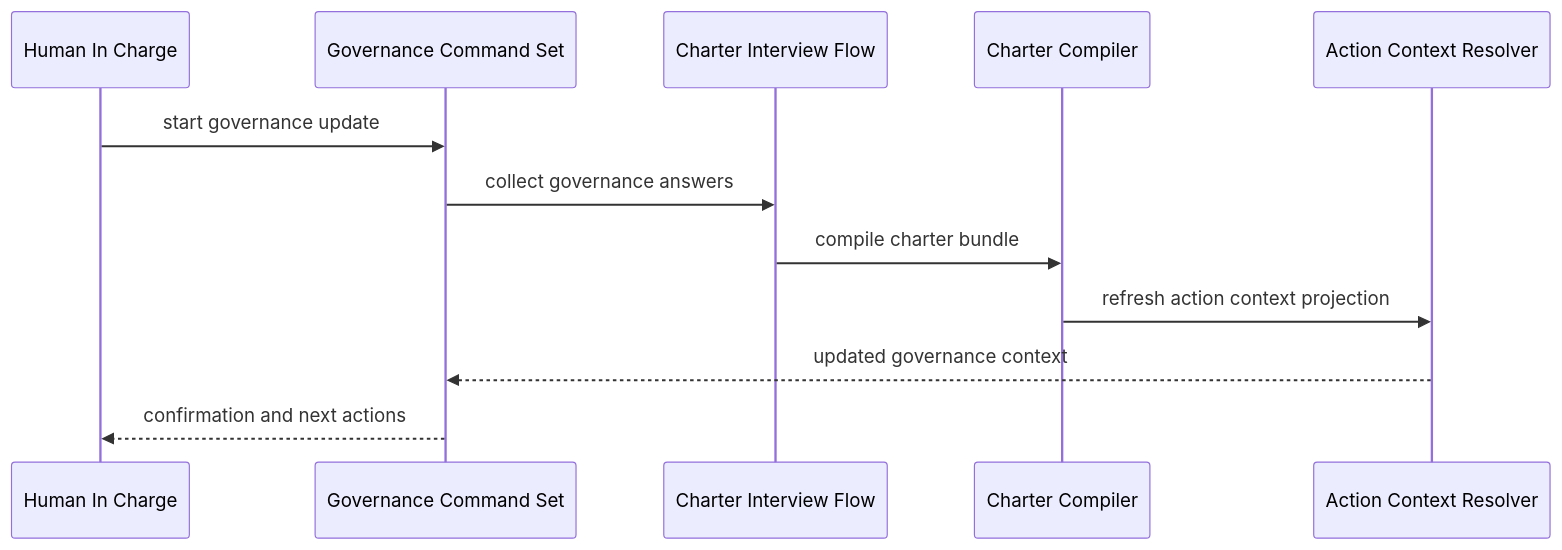
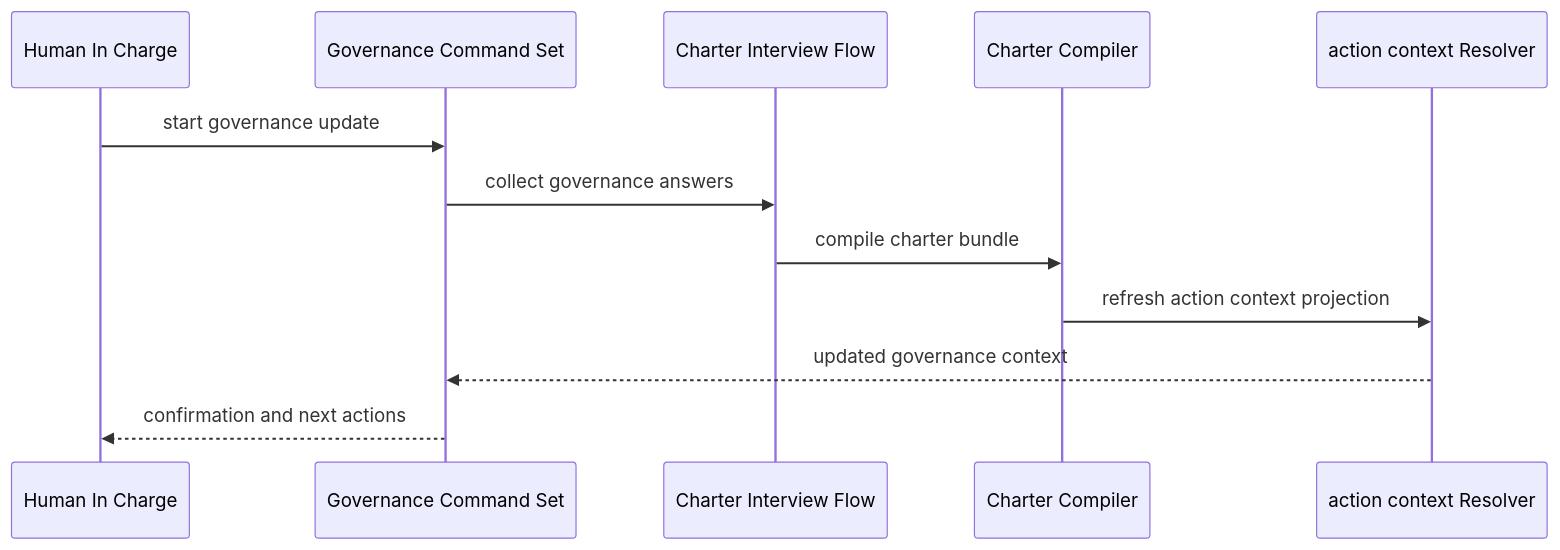
Before and after one commit to Priivacy-ai/spec-kitty: the fifth of 6 diagrams in docs/architecture/03_components/README.md, drawn with Mermaid. The commit also changed other lines of this file and 72 other files, not shown here.

````diff
--- a/docs/architecture/03_components/README.md
+++ b/docs/architecture/03_components/README.md
@@ -220,15 +220,15 @@
 ```mermaid
 sequenceDiagram
     participant Human as Human In Charge
     participant GovCmd as Governance Command Set
     participant Interview as Charter Interview Flow
     participant Compile as Charter Compiler
-    participant Resolver as Action Context Resolver
+    participant Resolver as action context Resolver
 
     Human->>GovCmd: start governance update
     GovCmd->>Interview: collect governance answers
     Interview->>Compile: compile charter bundle
     Compile->>Resolver: refresh action context projection
     Resolver-->>GovCmd: updated governance context
     GovCmd-->>Human: confirmation and next actions
 ```
````
